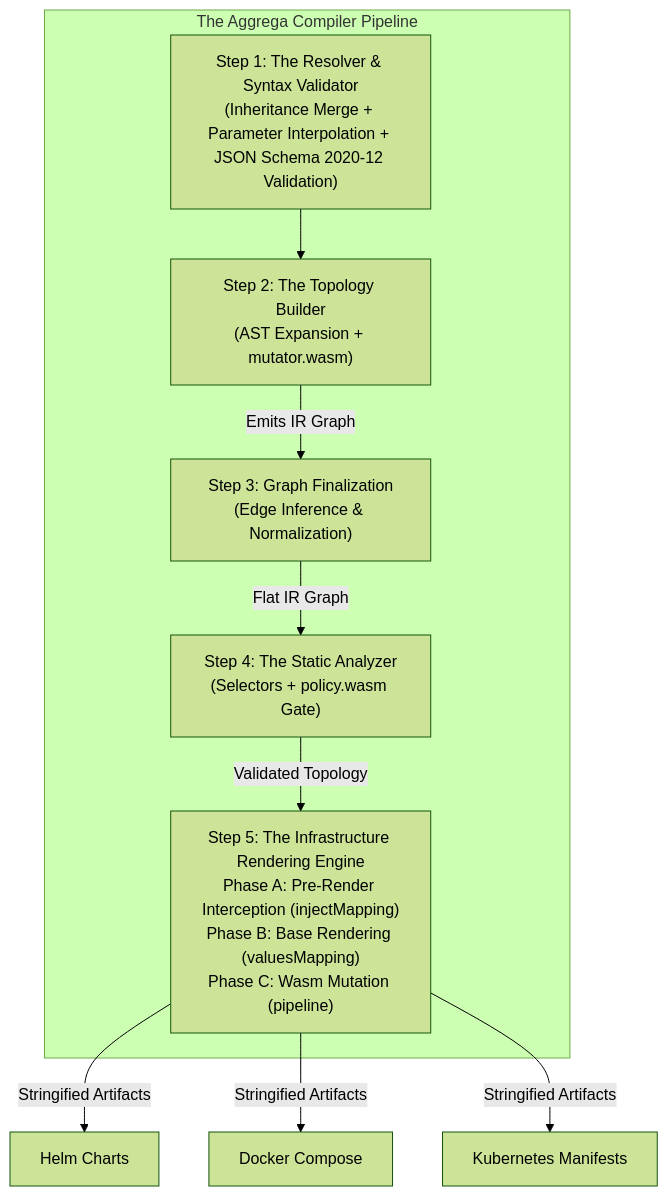
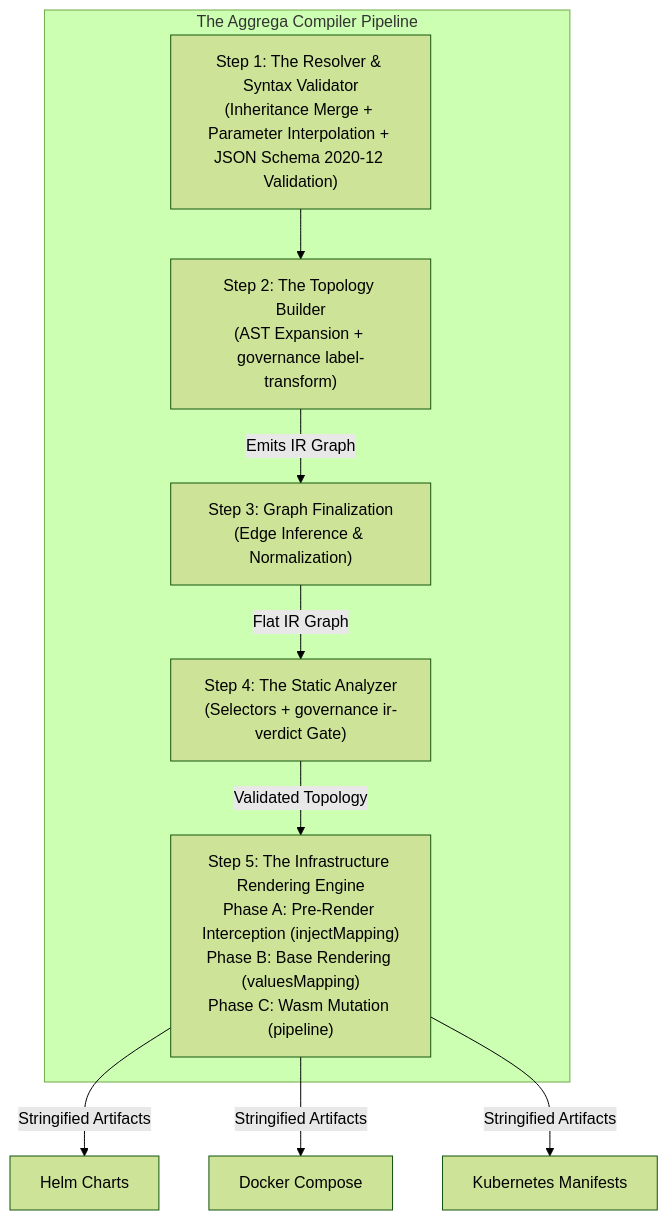
The diagram in architecture/10-compilation-pipeline.md (aggrega-ai/aggrega-docs), drawn with Mermaid (forest theme) before and after one commit. The commit also changed other lines of this file and 32 other files, not shown here.

Commit message:
update the docs to the unified governance socket model and regenerate the schema and CLI reference

````diff
--- a/architecture/10-compilation-pipeline.md
+++ b/architecture/10-compilation-pipeline.md
@@ -55,16 +55,16 @@
 ```mermaid
 graph TD
     subgraph CLI_Orchestrator ["The Aggrega Compiler Pipeline"]
-        A["Step 1: The Resolver & Syntax Validator<br/>(Inheritance Merge + Parameter Interpolation + JSON Schema 2020-12 Validation)"] --> B["Step 2: The Topology Builder<br/>(AST Expansion + mutator.wasm)"]
+        A["Step 1: The Resolver & Syntax Validator<br/>(Inheritance Merge + Parameter Interpolation + JSON Schema 2020-12 Validation)"] --> B["Step 2: The Topology Builder<br/>(AST Expansion + governance label-transform)"]
         
         B -->|"Emits IR Graph"| C["Step 3: Graph Finalization<br/>(Edge Inference & Normalization)"]
         
-        C -->|"Flat IR Graph"| D["Step 4: The Static Analyzer<br/>(Selectors + policy.wasm Gate)"]
+        C -->|"Flat IR Graph"| D["Step 4: The Static Analyzer<br/>(Selectors + governance ir-verdict Gate)"]
         
         D -->|"Validated Topology"| E["Step 5: The Infrastructure Rendering Engine<br/>Phase A: Pre-Render Interception (injectMapping)<br/>Phase B: Base Rendering (valuesMapping)<br/>Phase C: Wasm Mutation (pipeline)"]
     end
     
     E -->|"Stringified Artifacts"| F["Helm Charts"]
     E -->|"Stringified Artifacts"| G["Docker Compose"]
     E -->|"Stringified Artifacts"| H["Kubernetes Manifests"]
 ```
````
